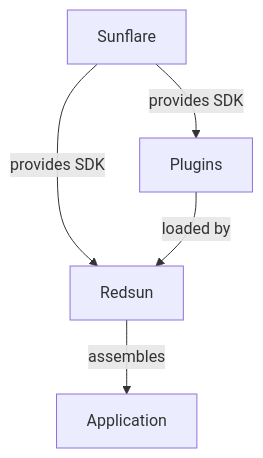
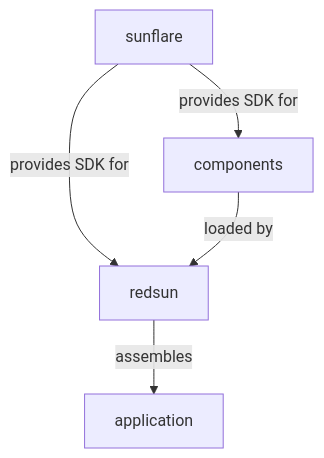
One commit to redsun-acquisition/redsun changed the diagram in docs/explanation/statement.md. Above: the diagram before and after it, drawn with Mermaid. The commit also changed other lines of this file and 9 other files, not shown here.

````diff
--- a/docs/explanation/statement.md
+++ b/docs/explanation/statement.md
@@ -7,7 +7,7 @@
 ```mermaid
 graph TD
-    Sunflare -->|provides SDK| Plugins
-    Sunflare -->|provides SDK| Redsun
-    Plugins -->|loaded by| Redsun
-    Redsun -->|assembles| Application
+    sunflare -->|provides SDK for| components
+    sunflare -->|provides SDK for| redsun
+    components -->|loaded by| redsun
+    redsun -->|assembles| application
 ```
````
